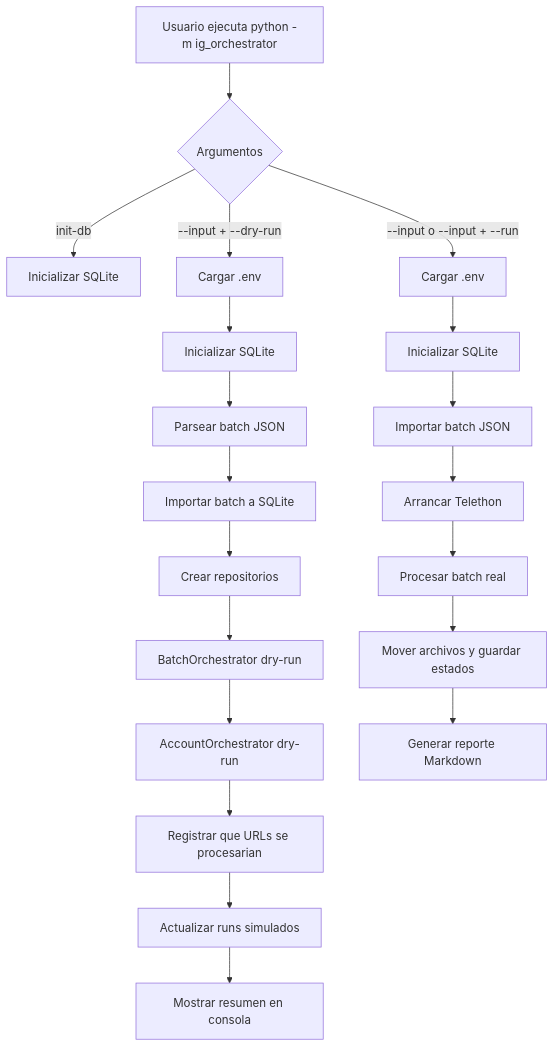
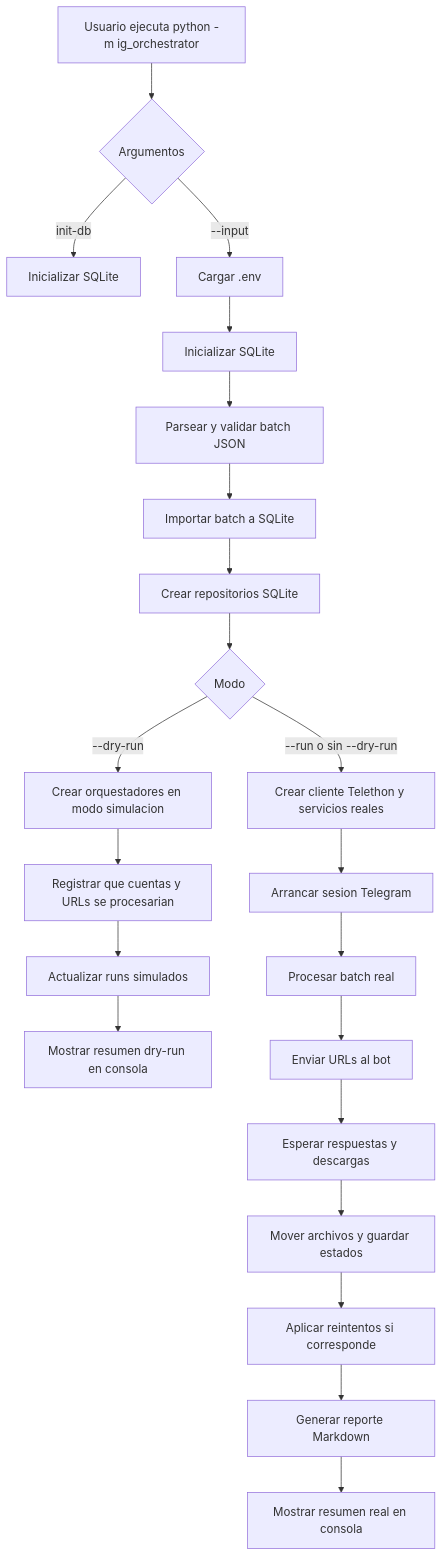
Before and after one commit to eduardobv/ig_orchestrator: the first of 2 diagrams in README.md, drawn with Mermaid. The commit also changed other lines of this file and 4 other files, not shown here.

````diff
--- a/README.md
+++ b/README.md
@@ -339,22 +339,24 @@
 ```mermaid
 flowchart TD
     A[Usuario ejecuta python -m ig_orchestrator] --> B{Argumentos}
     B -->|init-db| C[Inicializar SQLite]
-    B -->|--input + --dry-run| D[Cargar .env]
+    B -->|--input| D[Cargar .env]
     D --> E[Inicializar SQLite]
-    E --> F[Parsear batch JSON]
+    E --> F[Parsear y validar batch JSON]
     F --> G[Importar batch a SQLite]
-    G --> H[Crear repositorios]
-    H --> I[BatchOrchestrator dry-run]
-    I --> J[AccountOrchestrator dry-run]
-    J --> K[Registrar que URLs se procesarian]
+    G --> H[Crear repositorios SQLite]
+    H --> I{Modo}
+    I -->|--dry-run| J[Crear orquestadores en modo simulacion]
+    J --> K[Registrar que cuentas y URLs se procesarian]
     K --> L[Actualizar runs simulados]
-    L --> M[Mostrar resumen en consola]
-    B -->|--input o --input + --run| N[Cargar .env]
-    N --> O[Inicializar SQLite]
-    O --> P[Importar batch JSON]
-    P --> Q[Arrancar Telethon]
-    Q --> R[Procesar batch real]
+    L --> M[Mostrar resumen dry-run en consola]
+    I -->|--run o sin --dry-run| N[Crear cliente Telethon y servicios reales]
+    N --> O[Arrancar sesion Telegram]
+    O --> P[Procesar batch real]
+    P --> Q[Enviar URLs al bot]
+    Q --> R[Esperar respuestas y descargas]
     R --> S[Mover archivos y guardar estados]
-    S --> T[Generar reporte Markdown]
+    S --> T[Aplicar reintentos si corresponde]
+    T --> U[Generar reporte Markdown]
+    U --> V[Mostrar resumen real en consola]
 ```
````
